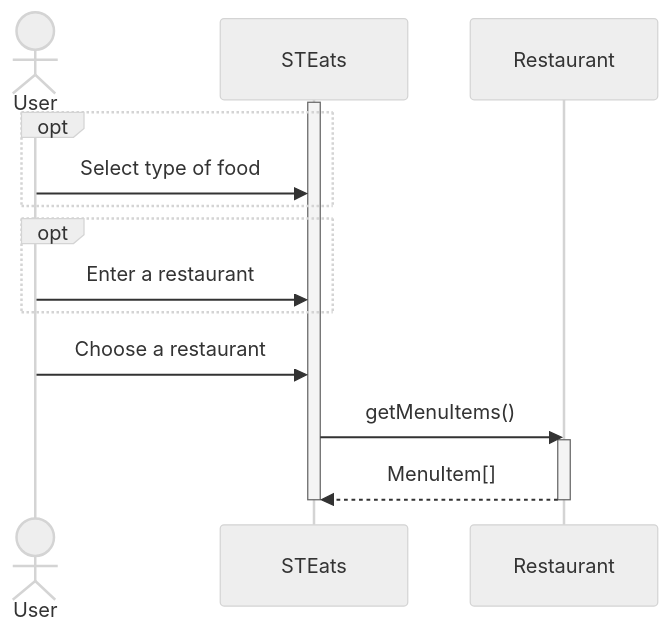
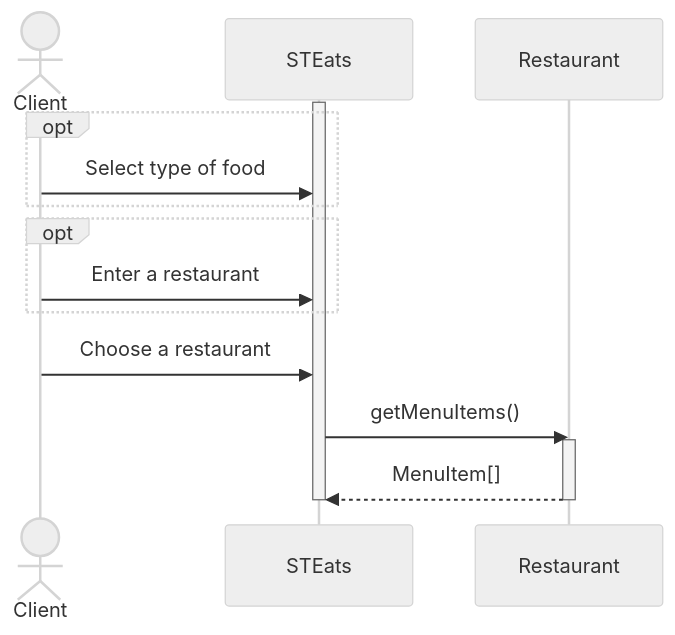
The fourth of 4 diagrams in doc/uml.md (Other-Project/SI4-STEats), drawn with Mermaid (neutral theme) before and after one commit. The commit also changed other lines of this file, not shown here.

Commit message:
docs(#5): Sequence diagram addMenuItem

````diff
--- a/doc/uml.md
+++ b/doc/uml.md
@@ -412,17 +592,17 @@
 ```mermaid
 sequenceDiagram
-    actor User
+    actor Client
     activate STEats
-    opt 
-        User ->> STEats : Select type of food
+    opt
+        Client ->> STEats: Select type of food
     end
-    opt 
-        User ->> STEats : Enter a restaurant
+    opt
+        Client ->> STEats: Enter a restaurant
     end
-    User->> STEats : Choose a restaurant
+    Client ->> STEats: Choose a restaurant
     STEats->>Restaurant : getMenuItems()
     activate Restaurant
     Restaurant-->>STEats : MenuItem[]
     deactivate Restaurant
     deactivate STEats
 ```
````
